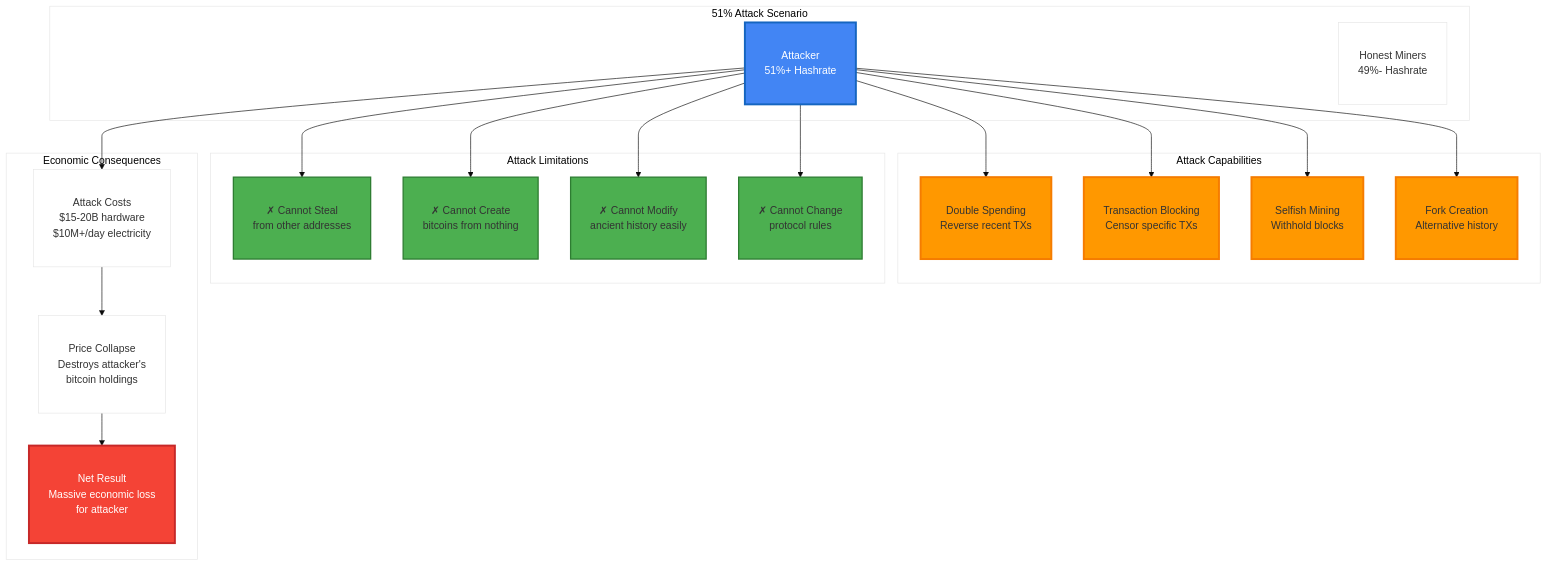
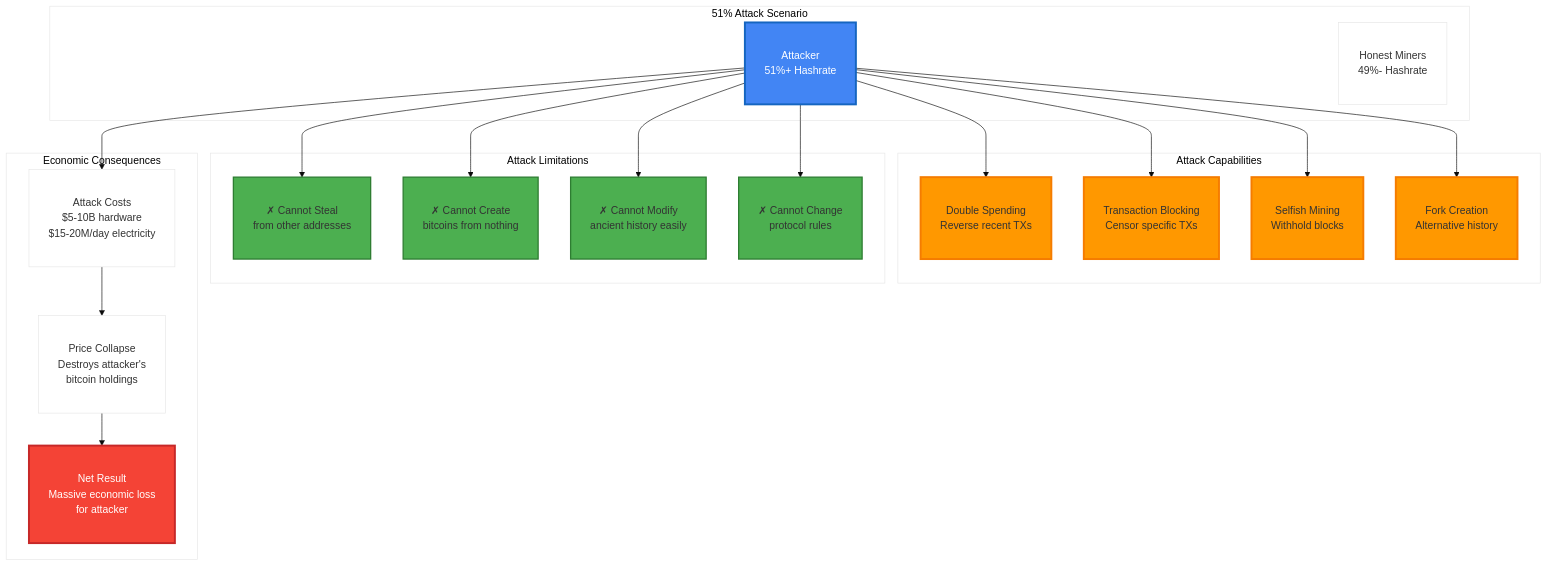
One commit to shapkarin/shapkarin.me changed the tenth of 24 diagrams in public/api/articles/byzantine-fault-tolerance.md. Above: the diagram before and after it, drawn with Mermaid. The commit also changed other lines of this file, not shown here.

````diff
--- a/public/api/articles/byzantine-fault-tolerance.md
+++ b/public/api/articles/byzantine-fault-tolerance.md
@@ -618,53 +618,53 @@
 ```mermaid
 %%{init: {'theme':'base', 'themeVariables': {'primaryColor':'#ffffff', 'fontSize':'16px'}}}%%
 flowchart TD
     subgraph "51% Attack Scenario"
         ATT["<br/>Attacker<br/>51%+ Hashrate<br/><br/>"]
         HON["<br/>Honest Miners<br/>49%- Hashrate<br/><br/>"]
     end
     
     subgraph "Attack Capabilities"
         DS["<br/>Double Spending<br/>Reverse recent TXs<br/><br/>"]
         BL["<br/>Transaction Blocking<br/>Censor specific TXs<br/><br/>"]
         SM["<br/>Selfish Mining<br/>Withhold blocks<br/><br/>"]
         FC["<br/>Fork Creation<br/>Alternative history<br/><br/>"]
     end
     
     subgraph "Attack Limitations"
         NST["<br/>✗ Cannot Steal<br/>from other addresses<br/><br/>"]
         NCR["<br/>✗ Cannot Create<br/>bitcoins from nothing<br/><br/>"]
         NMH["<br/>✗ Cannot Modify<br/>ancient history easily<br/><br/>"]
         NCH["<br/>✗ Cannot Change<br/>protocol rules<br/><br/>"]
     end
     
     subgraph "Economic Consequences"
-        COST["<br/>Attack Costs<br/>$15-20B hardware<br/>$10M+/day electricity<br/><br/>"]
+        COST["<br/>Attack Costs<br/>$5-10B hardware<br/>$15-20M/day electricity<br/><br/>"]
         DAMAGE["<br/>Price Collapse<br/>Destroys attacker's<br/>bitcoin holdings<br/><br/>"]
         LOSS["<br/>Net Result<br/>Massive economic loss<br/>for attacker<br/><br/>"]
     end
     
     ATT --> DS
     ATT --> BL
     ATT --> SM
     ATT --> FC
     
     ATT --> NST
     ATT --> NCR
     ATT --> NMH
     ATT --> NCH
     
     ATT --> COST
     COST --> DAMAGE
     DAMAGE --> LOSS
     
     style ATT fill:#4285f4,stroke:#1565c0,stroke-width:3px,color:#ffffff
     style DS fill:#ff9800,stroke:#f57c00,stroke-width:3px
     style BL fill:#ff9800,stroke:#f57c00,stroke-width:3px
     style SM fill:#ff9800,stroke:#f57c00,stroke-width:3px
     style FC fill:#ff9800,stroke:#f57c00,stroke-width:3px
     style NST fill:#4caf50,stroke:#2e7d32,stroke-width:2px
     style NCR fill:#4caf50,stroke:#2e7d32,stroke-width:2px
     style NMH fill:#4caf50,stroke:#2e7d32,stroke-width:2px
     style NCH fill:#4caf50,stroke:#2e7d32,stroke-width:2px
     style LOSS fill:#f44336,stroke:#c62828,stroke-width:3px,color:#ffffff
 ```
````
